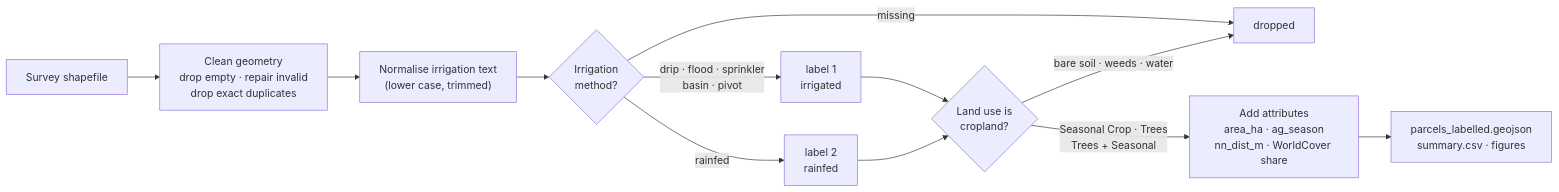
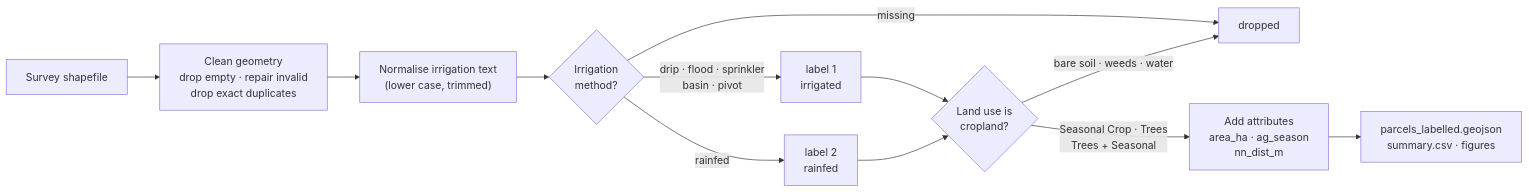
The second of 10 diagrams in docs/phase1_data/morocco.md (amanchry/irrimapping-geofm), drawn with Mermaid before and after one commit. The commit also changed other lines of this file and 179 other files, not shown here.

````diff
--- a/docs/phase1_data/morocco.md
+++ b/docs/phase1_data/morocco.md
@@ -137,14 +132,14 @@
 ```mermaid
 flowchart LR
     A["Survey shapefile"] --> B["Clean geometry<br/>drop empty · repair invalid<br/>drop exact duplicates"]
     B --> C["Normalise irrigation text<br/>(lower case, trimmed)"]
     C --> D{"Irrigation<br/>method?"}
     D -->|"drip · flood · sprinkler<br/>basin · pivot"| E["label 1<br/>irrigated"]
     D -->|"rainfed"| F["label 2<br/>rainfed"]
     D -->|"missing"| X["dropped"]
     E --> G{"Land use is<br/>cropland?"}
     F --> G
-    G -->|"Seasonal Crop · Trees<br/>Trees + Seasonal"| H["Add attributes<br/>area_ha · ag_season<br/>nn_dist_m · WorldCover share"]
+    G -->|"Seasonal Crop · Trees<br/>Trees + Seasonal"| H["Add attributes<br/>area_ha · ag_season<br/>nn_dist_m"]
     G -->|"bare soil · weeds · water"| X
     H --> I["parcels_labelled.geojson<br/>summary.csv · figures"]
 ```
````
